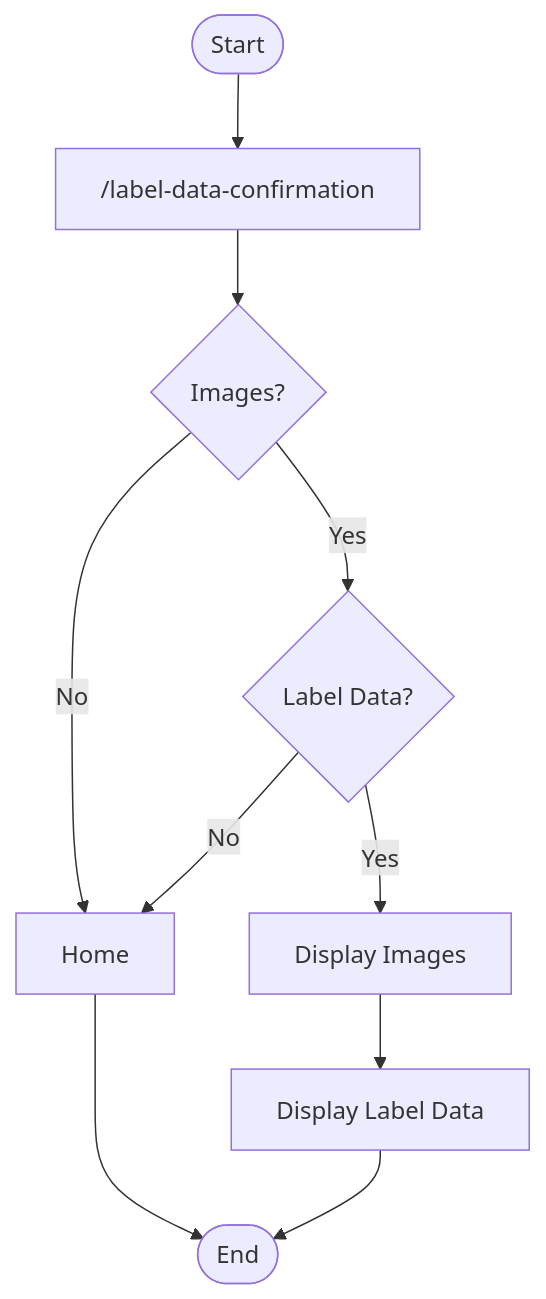
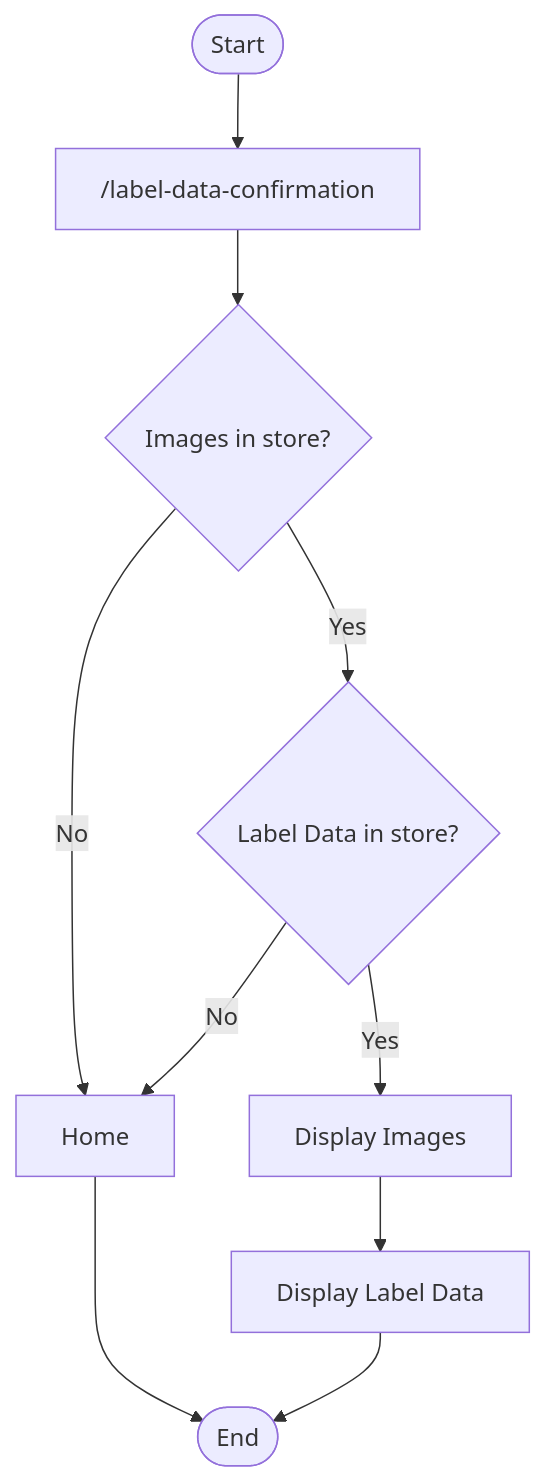
Before and after one commit to ai-cfia/fertiscan-frontend: the first of 3 diagrams in docs/label-data-confirmation/flowchart.md, drawn with Mermaid. The commit also changed 4 other files, not shown here.

Commit message:
issue #202: update to validation page flowchart

````diff
--- a/docs/label-data-confirmation/flowchart.md
+++ b/docs/label-data-confirmation/flowchart.md
@@ -5,10 +5,10 @@
 ```mermaid
 flowchart TD
     Start([Start]) --> LabelDataConfirmation["/label-data-confirmation"]
-    LabelDataConfirmation --> ImagesCheck{"Images?"}
+    LabelDataConfirmation --> ImagesCheck{"Images in store?"}
     ImagesCheck -->|No| HomePage[Home]
-    ImagesCheck -->|Yes| LabelDataCheck{"Label Data?"}
+    ImagesCheck -->|Yes| LabelDataCheck{"Label Data in store?"}
     LabelDataCheck -->|No| HomePage
     LabelDataCheck -->|Yes| DisplayImages["Display Images"] --> DisplayLabelData["Display Label Data"] --> End([End])
     HomePage --> End
 ```
````
